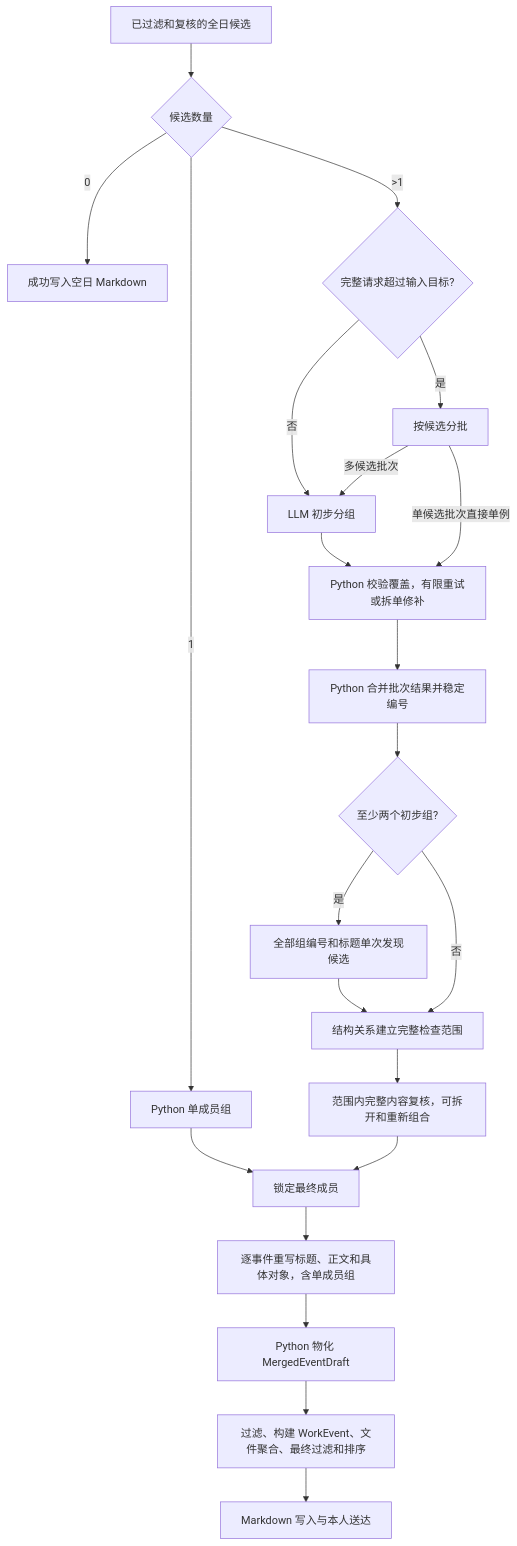
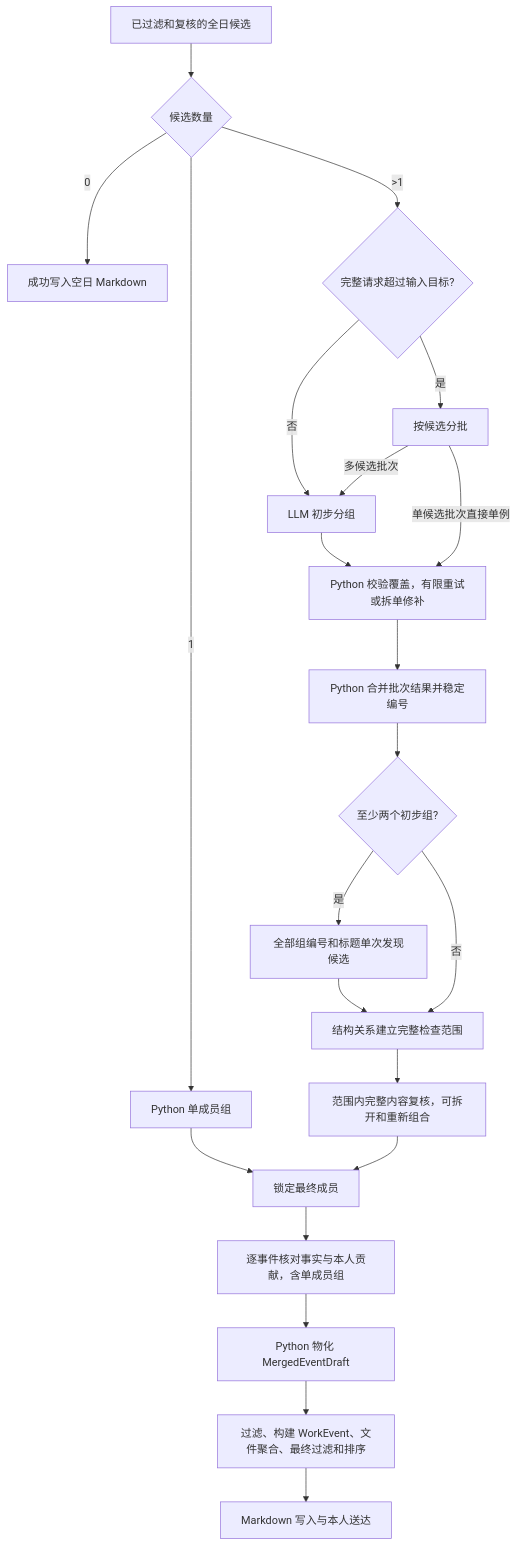
Before and after one commit to sunweisheng/WorkTrace: the diagram in docs/cross-conversation-merge-design.md, drawn with Mermaid. The commit also changed other lines of this file and 8 other files, not shown here.

````diff
--- a/docs/cross-conversation-merge-design.md
+++ b/docs/cross-conversation-merge-design.md
@@ -31,24 +31,24 @@
 ```mermaid
 flowchart TD
     A["已过滤和复核的全日候选"] --> B{"候选数量"}
     B -->|"0"| C["成功写入空日 Markdown"]
     B -->|"1"| D["Python 单成员组"]
     B -->|">1"| E{"完整请求超过输入目标?"}
     E -->|"否"| F["LLM 初步分组"]
     E -->|"是"| G["按候选分批"]
     G -->|"多候选批次"| F
     G -->|"单候选批次直接单例"| H
     F --> H["Python 校验覆盖，有限重试或拆单修补"]
     H --> I["Python 合并批次结果并稳定编号"]
     I --> J{"至少两个初步组?"}
     J -->|"是"| K["全部组编号和标题单次发现候选"]
     J -->|"否"| L["结构关系建立完整检查范围"]
     K --> L
     L --> M["范围内完整内容复核，可拆开和重新组合"]
     M --> N["锁定最终成员"]
     D --> N
-    N --> O["逐事件重写标题、正文和具体对象，含单成员组"]
+    N --> O["逐事件核对事实与本人贡献，含单成员组"]
     O --> P["Python 物化 MergedEventDraft"]
     P --> Q["过滤、构建 WorkEvent、文件聚合、最终过滤和排序"]
     Q --> R["Markdown 写入与本人送达"]
 ```
````
